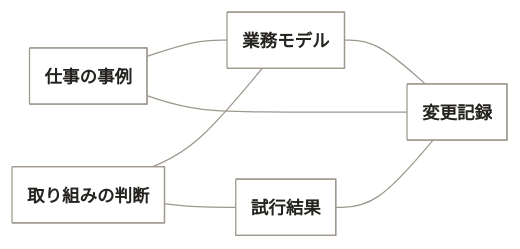
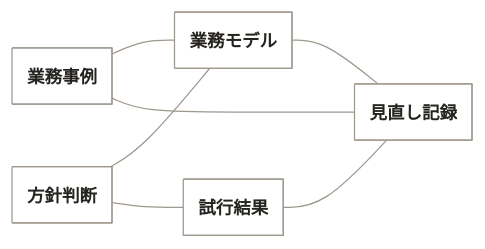
Before and after one commit to maakbo/fde: the fourth of 4 diagrams in experiments/fde-product-pivot/visualization/README.md, drawn with Mermaid. The commit also changed other lines of this file and 5 other files, not shown here.

````diff
--- a/experiments/fde-product-pivot/visualization/README.md
+++ b/experiments/fde-product-pivot/visualization/README.md
@@ -200,31 +202,31 @@
 ```mermaid
 ---
 config:
   theme: base
   class:
     hideEmptyMembersBox: true
   themeVariables:
     mainBkg: "#FFFFFF"
     nodeBorder: "#9E988E"
     classText: "#25231F"
     lineColor: "#9E988E"
     fontFamily: "Inter, Hiragino Sans, sans-serif"
     fontSize: "14px"
 ---
 classDiagram
   direction LR
-  accTitle: fdeを育てる仕事で扱う情報
-  accDescr: 仕事の事例、業務モデル、取り組みの判断、試行結果、変更記録の関係。
+  accTitle: FDEの仕事で扱う情報
+  accDescr: 業務事例、業務モデル、方針判断、試行結果、見直し記録の関係。
   %% 試行は条件付き。線は根拠・参照先の関係であり、作業順を示さない。
-  class i_work_example["仕事の事例"]
+  class i_work_example["業務事例"]
   class i_work_model["業務モデル"]
-  class i_direction["取り組みの判断"]
+  class i_direction["方針判断"]
   class i_trial["試行結果"]
-  class i_change["変更記録"]
+  class i_change["見直し記録"]
   i_work_example -- i_work_model
   i_direction -- i_work_model
   i_direction -- i_trial
   i_trial -- i_change
   i_work_example -- i_change
   i_work_model -- i_change
 ```
````
